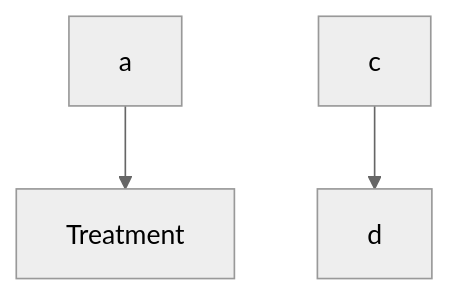
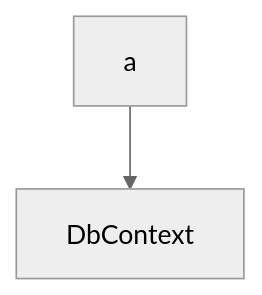
Before and after one commit to swimmio/csharp-shaul-test: the first of 3 diagrams in .swm/mermaid-test-2.ku9o3efx.sw.md, drawn with Mermaid (neutral theme). The commit also changed other lines of this file, not shown here.

Commit message:
docs(swimm): update doc: mermaid test 2

````diff
--- a/.swm/mermaid-test-2.ku9o3efx.sw.md
+++ b/.swm/mermaid-test-2.ku9o3efx.sw.md
@@ -4,10 +4,8 @@
 ```mermaid
 graph TD
-a --> Treatment
-c --> d
+a --> DbContext
 
 %% Swimm:
 %% graph TD
-%% a --> <SwmToken path="/models/Treatment.cs" pos="7:5:5" line-data="    public class Treatment">`Treatment`</SwmToken>
-%% c --> d
+%% a --> <SwmToken path="/MyContext.cs" pos="6:9:9" line-data="    public class MyContext : DbContext">`DbContext`</SwmToken>
 ```
````
